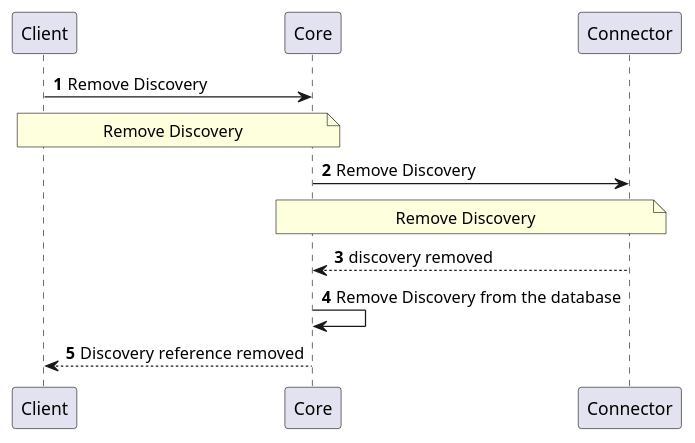
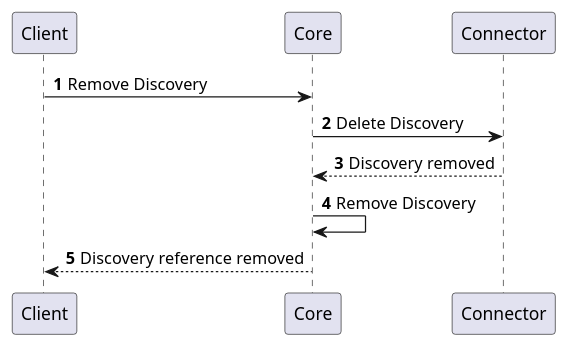
Before and after one commit to CZERTAINLY/CZERTAINLY-Documentation: the third of 3 diagrams in docs/12-connectors/05-description/27-discovery-provider.md, drawn with PlantUML. The commit also changed other lines of this file and 8 other files, not shown here.

First line of the commit message:
Update description of plantuml diagrams on the providers

````diff
--- a/docs/12-connectors/05-description/27-discovery-provider.md
+++ b/docs/12-connectors/05-description/27-discovery-provider.md
@@ -77,13 +68,11 @@
 ```plantuml
     @startuml
     autonumber
     skinparam topurl https://docs.czertainly.com/api/
-        Client -> Core [[core-discovery/#tag/Entity-Management-API/operation/removeDiscovery]]: Remove Discovery
-        note over Client,Core: Remove Discovery
-        Core -> Connector [[connector-discovery-provider/#tag/Discovery-API/operation/deleteDiscovery]]: Remove Discovery
-        note over Core,Connector: Remove Discovery
-        Connector --> Core: discovery removed
-        Core -> Core : Remove Discovery from the database
+        Client -> Core [[core-discovery/#tag/Discovery-Management-API/operation/removeDiscovery]]: Remove Discovery
+        Core -> Connector [[connector-discovery-provider/#tag/Discovery-API/operation/deleteDiscovery]]: Delete Discovery
+        Connector --> Core: Discovery removed
+        Core -> Core : Remove Discovery
         Core --> Client: Discovery reference removed
     @enduml
 ```
````
